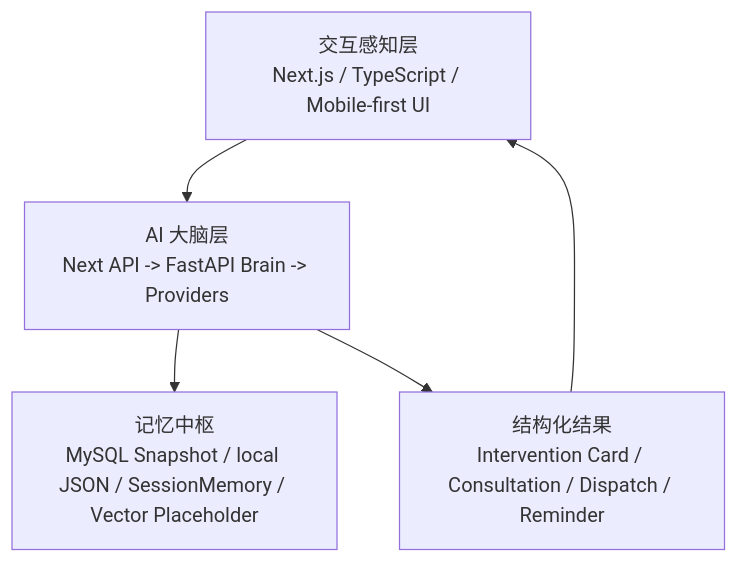
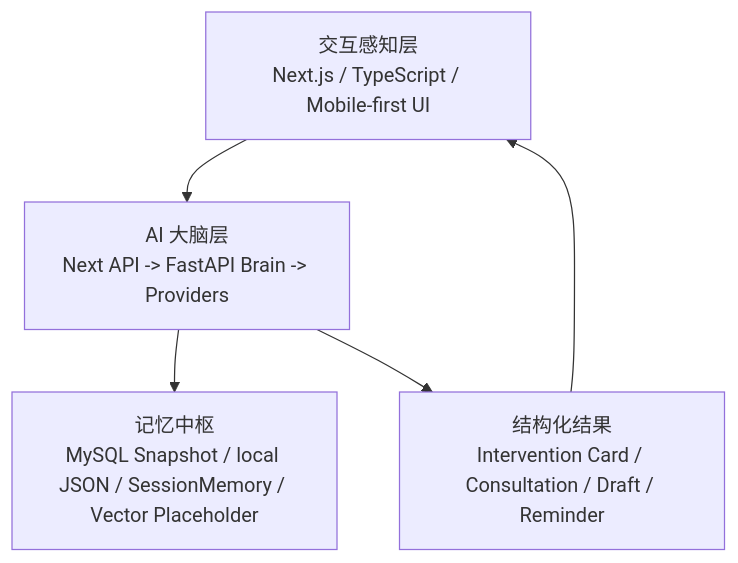
The diagram in docs/competition-architecture.md (VictorMaxWang/smartchildcare-agent), drawn with Mermaid before and after one commit. The commit also changed other lines of this file and 17 other files, not shown here.

````diff
--- a/docs/competition-architecture.md
+++ b/docs/competition-architecture.md
@@ -157,7 +174,7 @@
 ```mermaid
 flowchart TD
     A["交互感知层\nNext.js / TypeScript / Mobile-first UI"] --> B["AI 大脑层\nNext API -> FastAPI Brain -> Providers"]
     B --> C["记忆中枢\nMySQL Snapshot / local JSON / SessionMemory / Vector Placeholder"]
-    B --> D["结构化结果\nIntervention Card / Consultation / Dispatch / Reminder"]
+    B --> D["结构化结果\nIntervention Card / Consultation / Draft / Reminder"]
     D --> A
 ```
````
